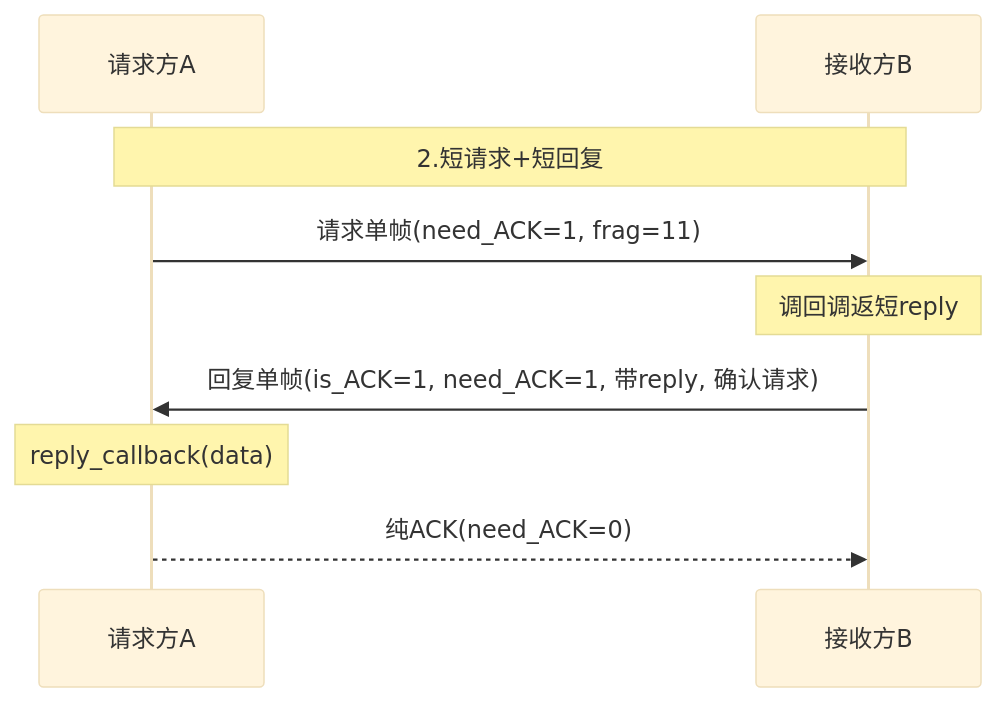
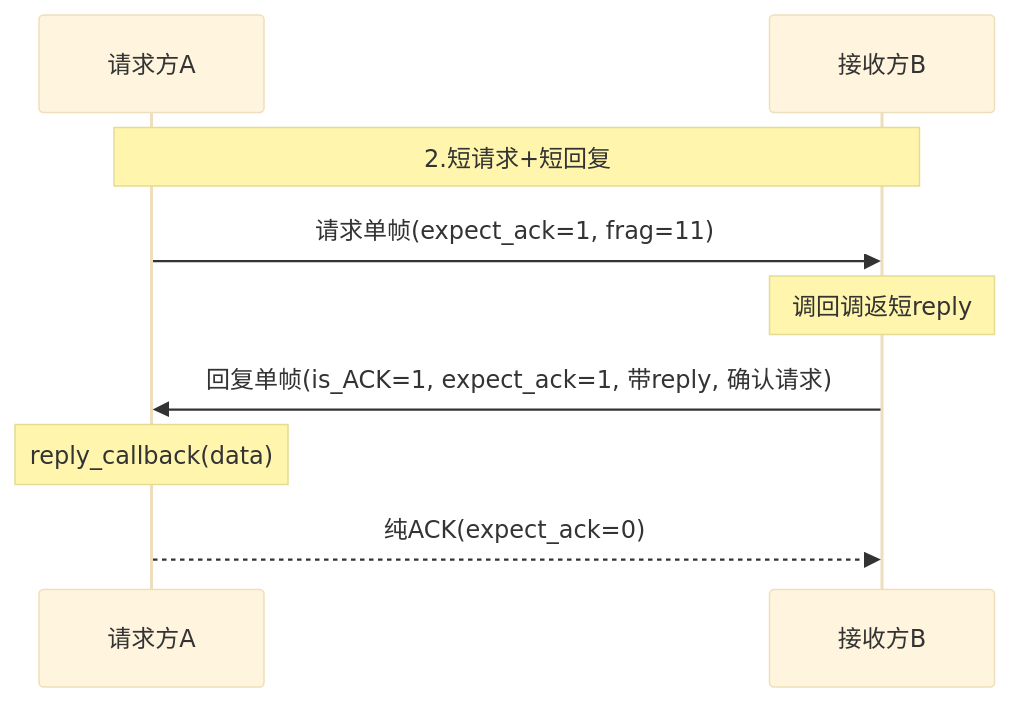
The second of 14 diagrams in 工作/项目/代码/260401S3分拣面板-SIA-R9000P.md (Siaiai/ObsidianNote), drawn with Mermaid (base theme) before and after one commit. The commit also changed other lines of this file and 1 other file, not shown here.

````diff
--- a/工作/项目/代码/260401S3分拣面板-SIA-R9000P.md
+++ b/工作/项目/代码/260401S3分拣面板-SIA-R9000P.md
@@ -94,11 +97,11 @@
 ```mermaid
 sequenceDiagram
     participant A as 请求方A
     participant B as 接收方B
     Note over A,B: 2.短请求+短回复
-    A->>B: 请求单帧(need_ACK=1, frag=11)
+    A->>B: 请求单帧(expect_ack=1, frag=11)
     Note over B: 调回调返短reply
-    B->>A: 回复单帧(is_ACK=1, need_ACK=1, 带reply, 确认请求)
+    B->>A: 回复单帧(is_ACK=1, expect_ack=1, 带reply, 确认请求)
     Note over A: reply_callback(data)
-    A-->>B: 纯ACK(need_ACK=0)
+    A-->>B: 纯ACK(expect_ack=0)
 ```
````
